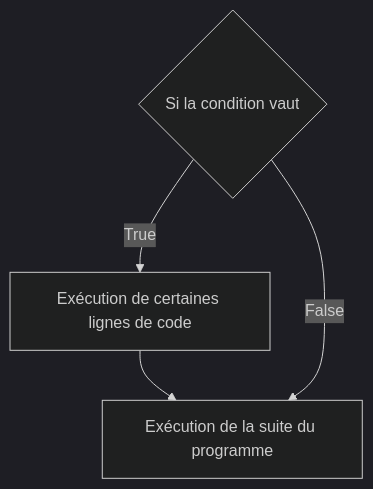
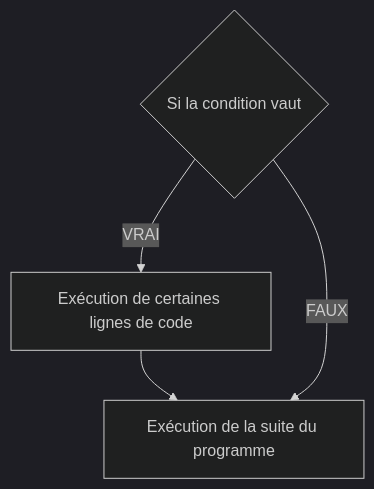
Before and after one commit to boddaert/nsi: the first of 10 diagrams in première/Langages_et_programmation/Constructions_élémentaires/Instructions_conditionnelles.md, drawn with Mermaid (dark theme). The commit also changed other lines of this file, not shown here.

````diff
--- a/première/Langages_et_programmation/Constructions_élémentaires/Instructions_conditionnelles.md
+++ b/première/Langages_et_programmation/Constructions_élémentaires/Instructions_conditionnelles.md
@@ -19,7 +19,7 @@
 ```mermaid
   graph TB;
       A{Si la condition vaut};
-      A--True-->B[Exécution de certaines lignes de code];
+      A--VRAI-->B[Exécution de certaines lignes de code];
       B-->C[Exécution de la suite du programme];
-      A--False-->C[Exécution de la suite du programme];
+      A--FAUX-->C[Exécution de la suite du programme];
 ```
````
